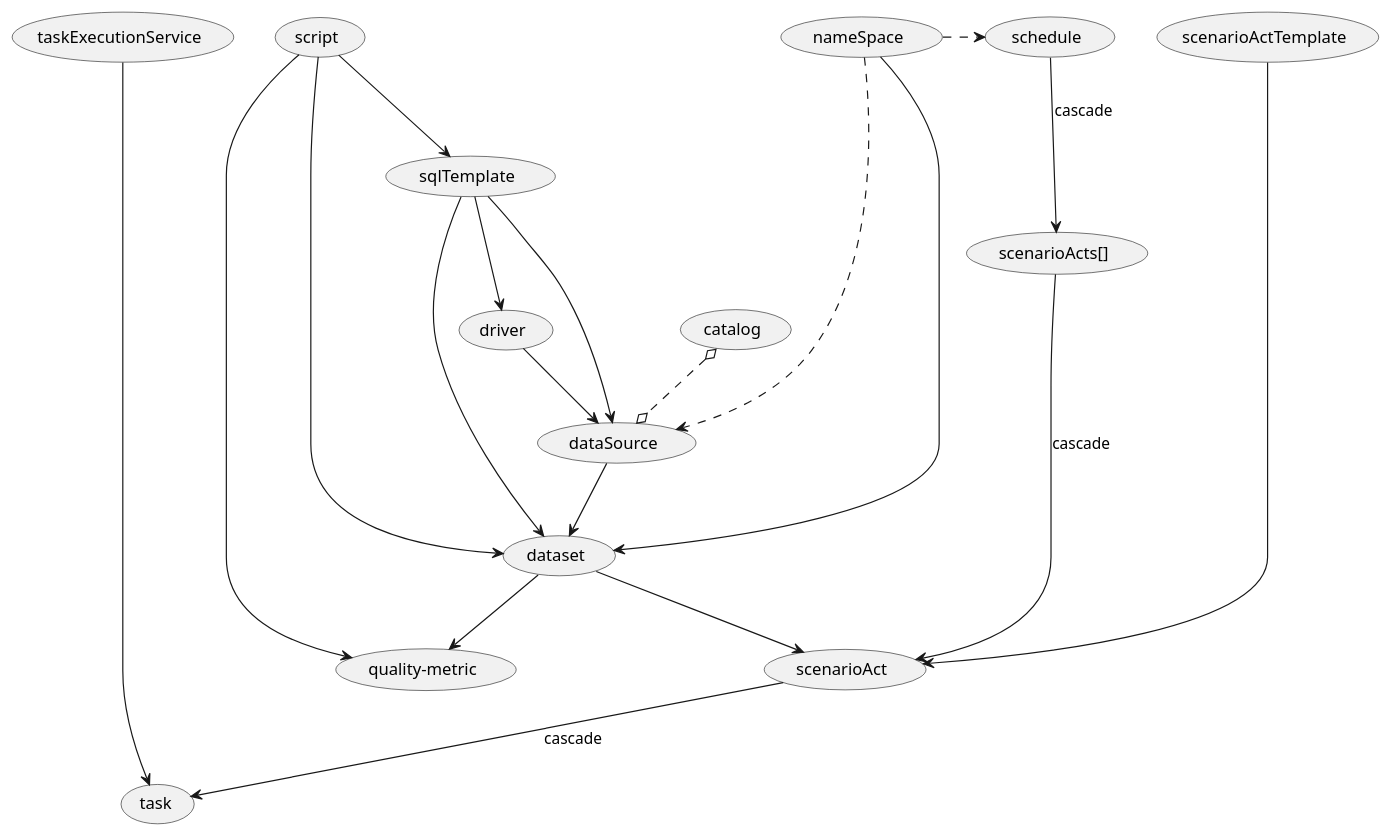
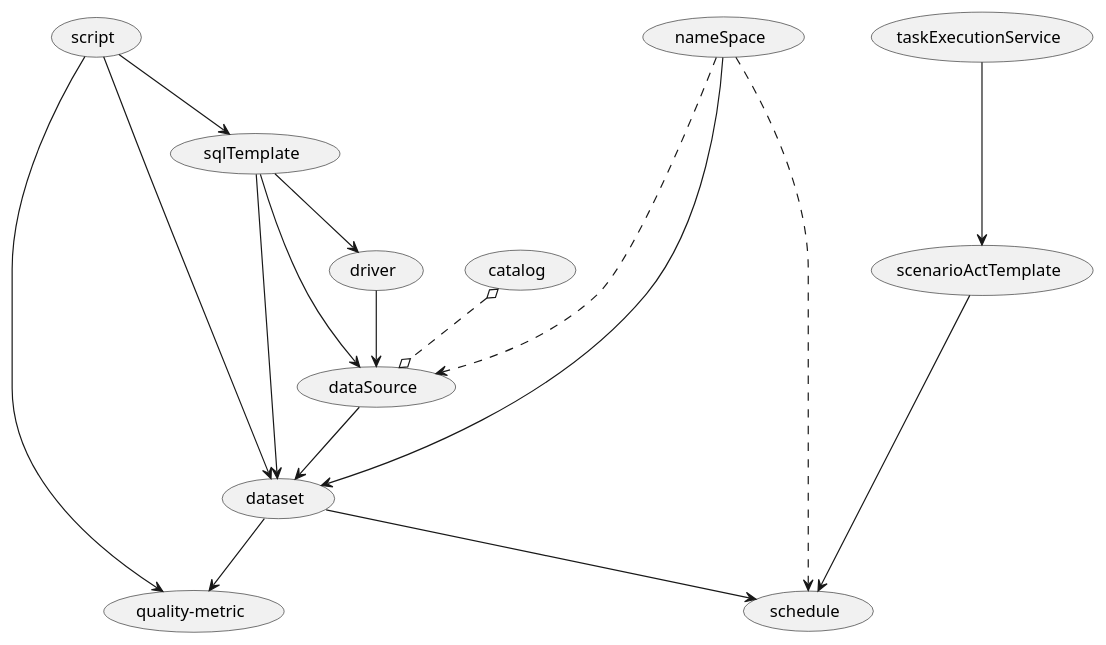
The diagram in doc/entities_design/logical_entities_dependency.puml (zaytsevdmitry/lakehouse), drawn with PlantUML before and after one commit. The commit also changed 3 other files, not shown here.

```diff
--- a/doc/entities_design/logical_entities_dependency.puml
+++ b/doc/entities_design/logical_entities_dependency.puml
@@ -1,22 +1,19 @@
 @startuml 
 (script) -> (dataset)
 (script) --> (sqlTemplate)
 (script) -> (quality-metric)
-(schedule) --> (scenarioActs[]): cascade
-(scenarioActs[]) --> (scenarioAct): cascade
-(scenarioActTemplate) ------> (scenarioAct)
+(scenarioActTemplate) ----> (schedule)
 '(scenarioActTemplate) -> (task)
-(scenarioAct) --> (task): cascade
-(taskExecutionService)------->(task)
-(dataset) --> (scenarioAct)
+(taskExecutionService)--->(scenarioActTemplate)
+(dataset) --> (schedule)
 (dataset) -->(quality-metric)
 (dataSource) --> (dataset)
 (nameSpace) -----> (dataset)
 (nameSpace) .> (schedule)
 (driver)-->(dataSource)
 (sqlTemplate) --> (driver)
 (sqlTemplate) --> (dataSource)
 (sqlTemplate) --> (dataset)
 (catalog) o..o  (dataSource)
 (nameSpace) .> (dataSource)
 @enduml 
```
